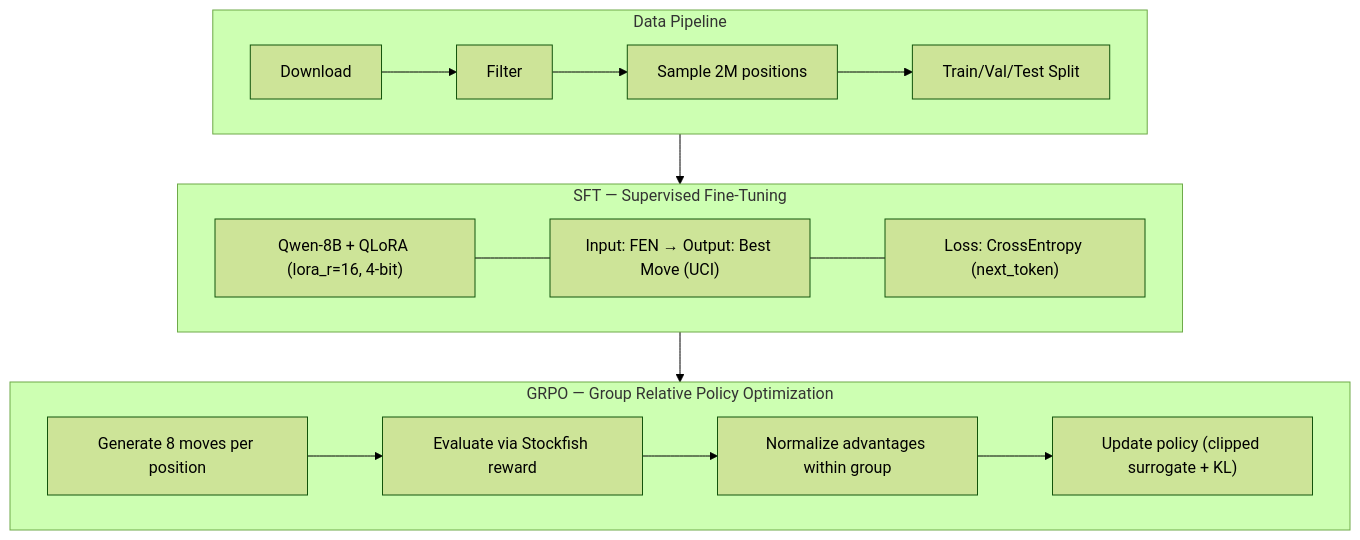
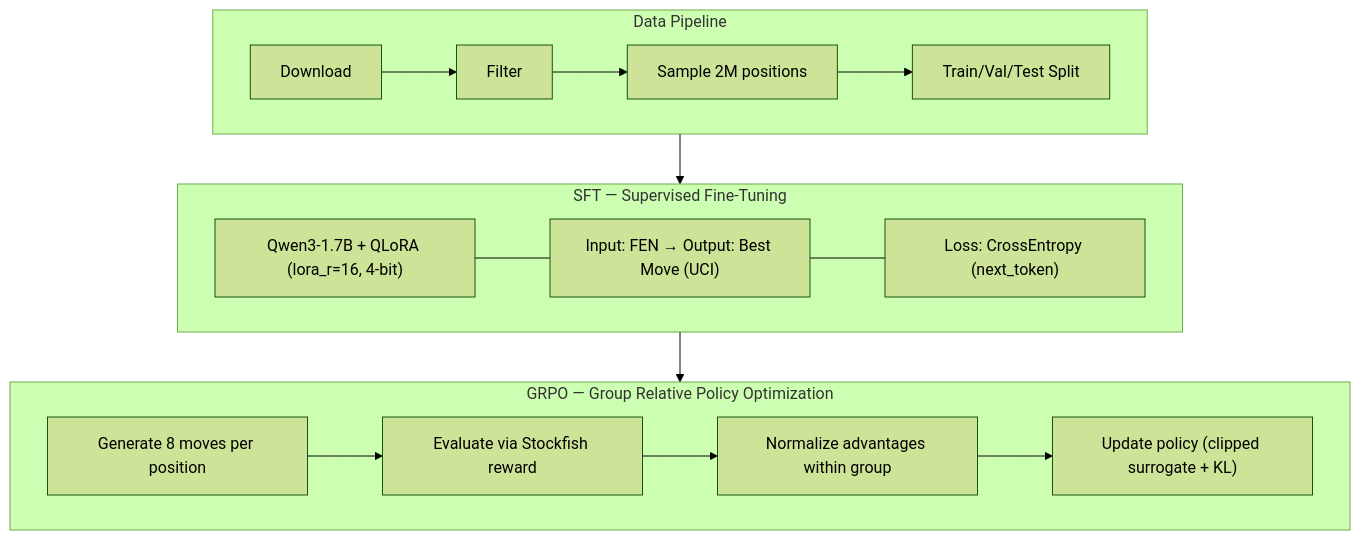
Before and after one commit to pmlg/learning-to-replicate-expert-judgement: the second of 2 diagrams in README.md, drawn with Mermaid (forest theme). The commit also changed other lines of this file and 24 other files, not shown here.

````diff
--- a/README.md
+++ b/README.md
@@ -57,23 +57,23 @@
 ```mermaid
 flowchart TD
     subgraph Data["Data Pipeline"]
         D1[Download] --> D2[Filter] --> D3["Sample 2M positions"] --> D4["Train/Val/Test Split"]
     end
 
     subgraph SFT["SFT — Supervised Fine-Tuning"]
-        S1["Qwen-8B + QLoRA (lora_r=16, 4-bit)"]
+        S1["Qwen3-1.7B + QLoRA (lora_r=16, 4-bit)"]
         S2["Input: FEN → Output: Best Move (UCI)"]
         S3["Loss: CrossEntropy (next_token)"]
         S1 --- S2 --- S3
     end
 
     subgraph GRPO["GRPO — Group Relative Policy Optimization"]
         G1["Generate 8 moves per position"]
         G2["Evaluate via Stockfish reward"]
         G3["Normalize advantages within group"]
         G4["Update policy (clipped surrogate + KL)"]
         G1 --> G2 --> G3 --> G4
     end
 
     Data --> SFT --> GRPO
 ```
````
